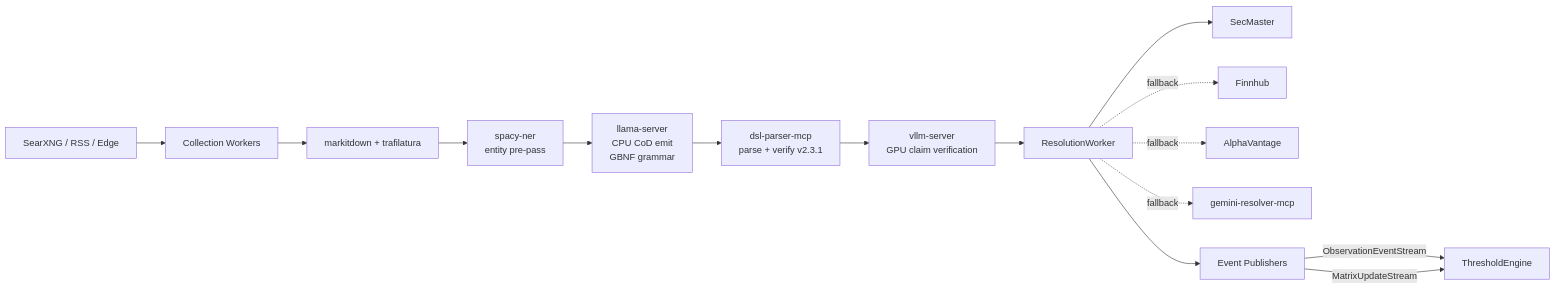
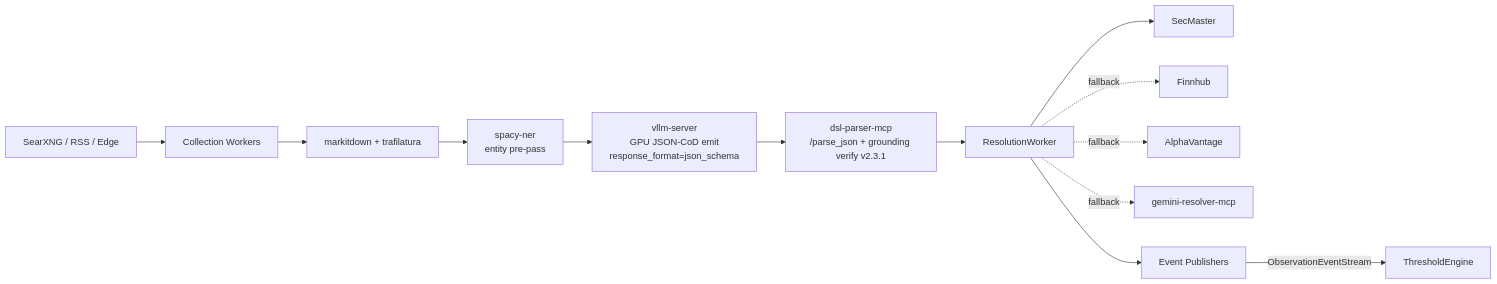
One commit to jpansarasa/ATLAS-Docs changed the fourth of 5 diagrams in docs/ARCHITECTURE.md. Above: the diagram before and after it, drawn with Mermaid. The commit also changed other lines of this file and 5 other files, not shown here.

````diff
--- a/docs/ARCHITECTURE.md
+++ b/docs/ARCHITECTURE.md
@@ -344,17 +343,15 @@
 ```mermaid
 flowchart LR
     SRC[SearXNG / RSS / Edge] --> CW[Collection Workers]
     CW --> NZ[markitdown + trafilatura]
     NZ --> SPACY[spacy-ner<br/>entity pre-pass]
-    SPACY --> LS[llama-server<br/>CPU CoD emit<br/>GBNF grammar]
-    LS --> DSL[dsl-parser-mcp<br/>parse + verify v2.3.1]
-    DSL --> VLLM[vllm-server<br/>GPU claim verification]
-    VLLM --> RES[ResolutionWorker]
+    SPACY --> VLLM[vllm-server<br/>GPU JSON-CoD emit<br/>response_format=json_schema]
+    VLLM --> DSL[dsl-parser-mcp<br/>/parse_json + grounding verify v2.3.1]
+    DSL --> RES[ResolutionWorker]
     RES --> SM[SecMaster]
     RES -.fallback.-> FH[Finnhub]
     RES -.fallback.-> AV[AlphaVantage]
     RES -.fallback.-> GEM[gemini-resolver-mcp]
     RES --> PUB[Event Publishers]
     PUB -->|ObservationEventStream| TE[ThresholdEngine]
-    PUB -->|MatrixUpdateStream| TE
 ```
````
